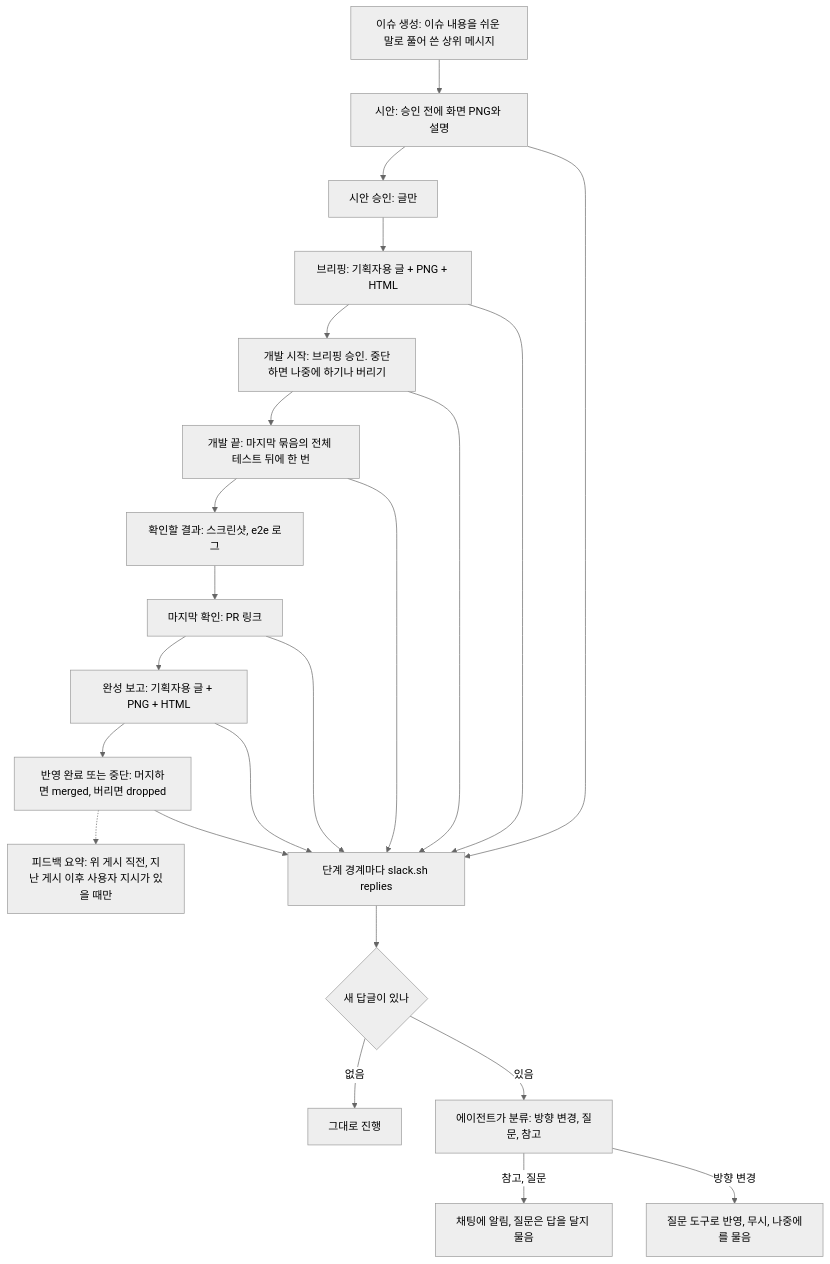
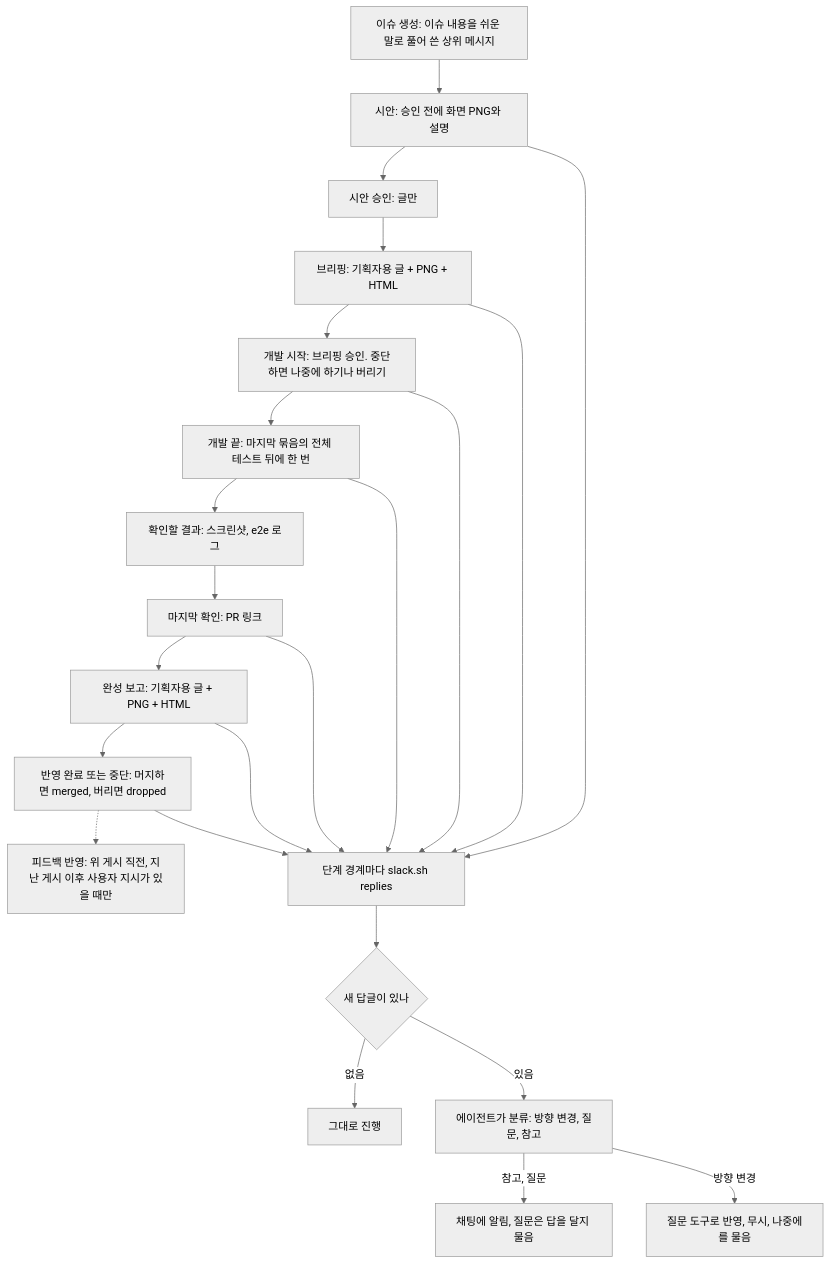
The eighth of 9 diagrams in docs/system/flows.md (dincal/agent_logbook), drawn with Mermaid (neutral theme) before and after one commit. The commit also changed other lines of this file and 8 other files, not shown here.

````diff
--- a/docs/system/flows.md
+++ b/docs/system/flows.md
@@ -261,19 +261,19 @@
 ```mermaid
 flowchart TD
   I["이슈 생성: 이슈 내용을 쉬운 말로 풀어 쓴 상위 메시지"] --> M["시안: 승인 전에 화면 PNG와 설명"]
   M --> D["시안 승인: 글만"]
   D --> B["브리핑: 기획자용 글 + PNG + HTML"]
   B --> AP["개발 시작: 브리핑 승인. 중단하면 나중에 하기나 버리기"]
   AP --> W["개발 끝: 마지막 묶음의 전체 테스트 뒤에 한 번"]
   W --> CK["확인할 결과: 스크린샷, e2e 로그"]
   CK --> PR["마지막 확인: PR 링크"]
   PR --> DB["완성 보고: 기획자용 글 + PNG + HTML"]
   DB --> CL["반영 완료 또는 중단: 머지하면 merged, 버리면 dropped"]
-  CL -.-> F["피드백 요약: 위 게시 직전, 지난 게시 이후 사용자 지시가 있을 때만"]
+  CL -.-> F["피드백 반영: 위 게시 직전, 지난 게시 이후 사용자 지시가 있을 때만"]
   M & B & AP & W & PR & DB & CL --> R["단계 경계마다 slack.sh replies"]
   R --> N{"새 답글이 있나"}
   N -->|"없음"| G["그대로 진행"]
   N -->|"있음"| C["에이전트가 분류: 방향 변경, 질문, 참고"]
   C -->|"참고, 질문"| T["채팅에 알림, 질문은 답을 달지 물음"]
   C -->|"방향 변경"| Q["질문 도구로 반영, 무시, 나중에를 물음"]
 ```
````
